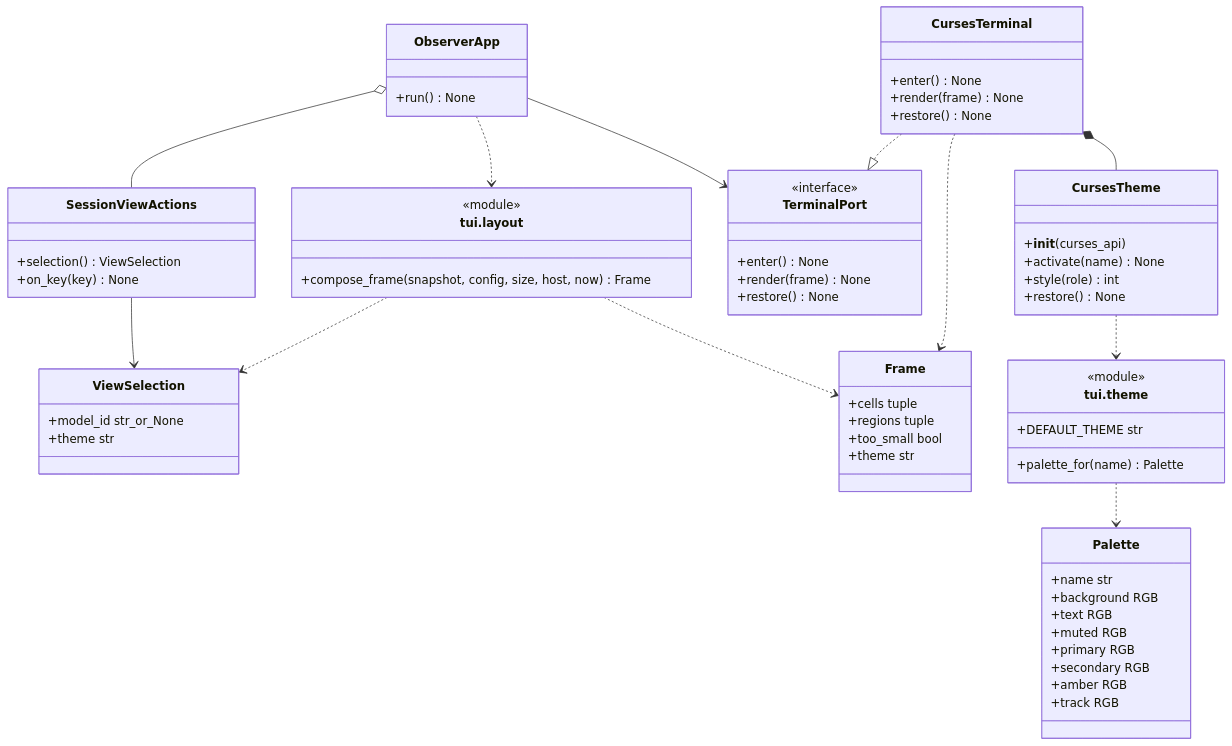
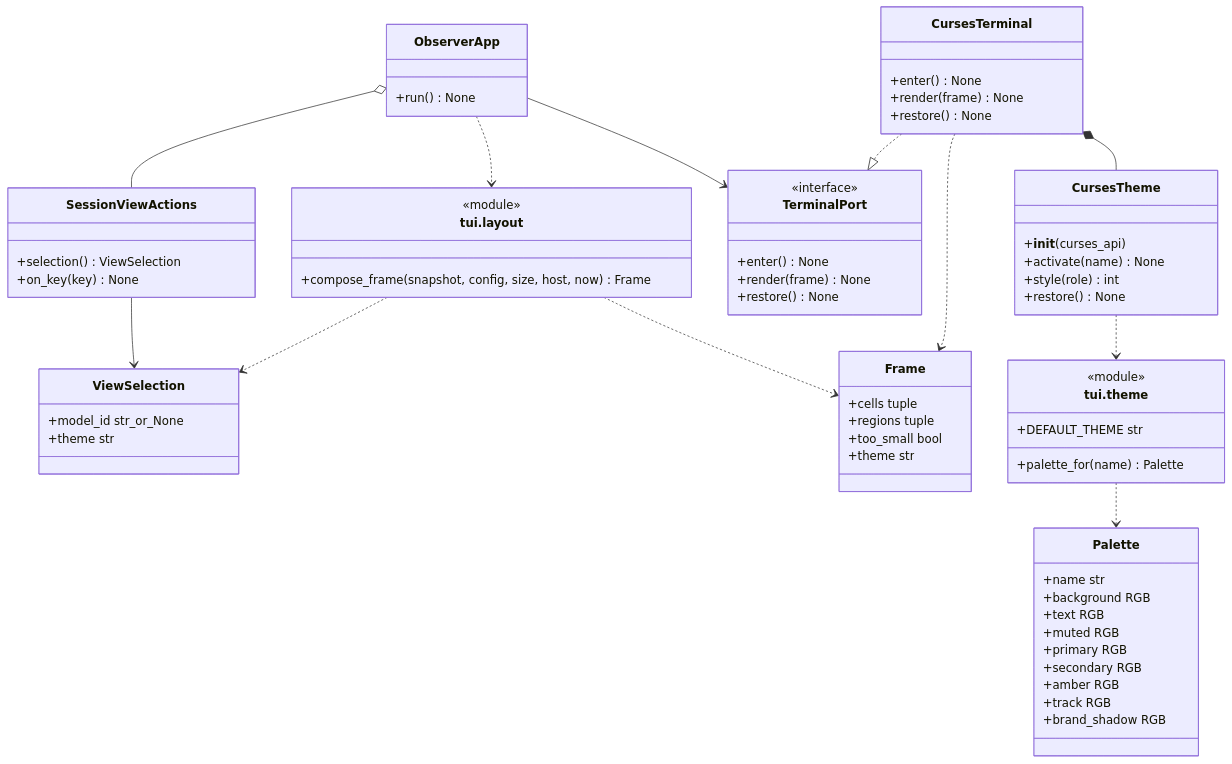
The diagram in docs/design/theme.md (shawnluxyRE/joi-observer), drawn with Mermaid before and after one commit. The commit also changed other lines of this file and 31 other files, not shown here.

````diff
--- a/docs/design/theme.md
+++ b/docs/design/theme.md
@@ -19,67 +19,68 @@
 ```mermaid
 classDiagram
     class ViewSelection {
         +model_id str_or_None
         +theme str
     }
     class SessionViewActions {
         +selection() ViewSelection
         +on_key(key) None
     }
     class Frame {
         +cells tuple
         +regions tuple
         +too_small bool
         +theme str
     }
     class Layout["tui.layout"] {
         <<module>>
         +compose_frame(snapshot, config, size, host, now) Frame
     }
     class ObserverApp {
         +run() None
     }
     class TerminalPort {
         <<interface>>
         +enter() None
         +render(frame) None
         +restore() None
     }
     class CursesTerminal {
         +enter() None
         +render(frame) None
         +restore() None
     }
     class Palette {
         +name str
         +background RGB
         +text RGB
         +muted RGB
         +primary RGB
         +secondary RGB
         +amber RGB
         +track RGB
+        +brand_shadow RGB
     }
     class Theme["tui.theme"] {
         <<module>>
         +DEFAULT_THEME str
         +palette_for(name) Palette
     }
     class CursesTheme {
         +__init__(curses_api)
         +activate(name) None
         +style(role) int
         +restore() None
     }
     ObserverApp o-- SessionViewActions
     ObserverApp --> TerminalPort
     ObserverApp ..> Layout
     SessionViewActions --> ViewSelection
     Layout ..> ViewSelection
     Layout ..> Frame
     CursesTerminal ..|> TerminalPort
     CursesTerminal *-- CursesTheme
     CursesTerminal ..> Frame
     CursesTheme ..> Theme
     Theme ..> Palette
 ```
````
